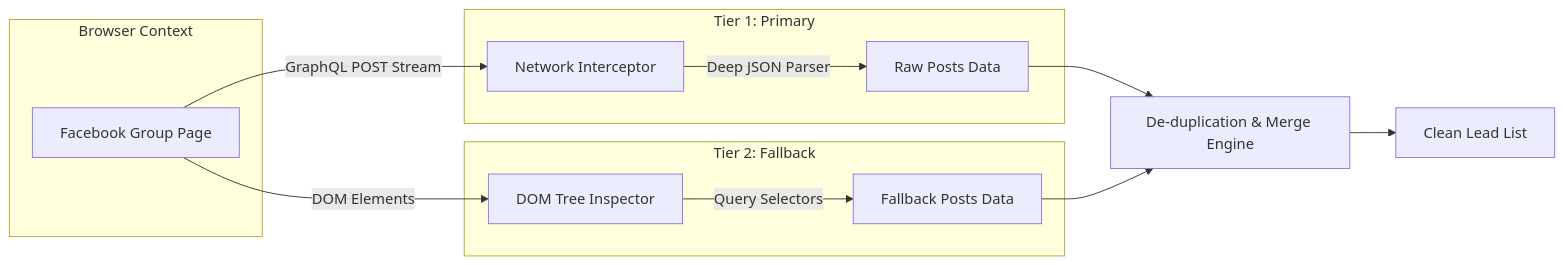
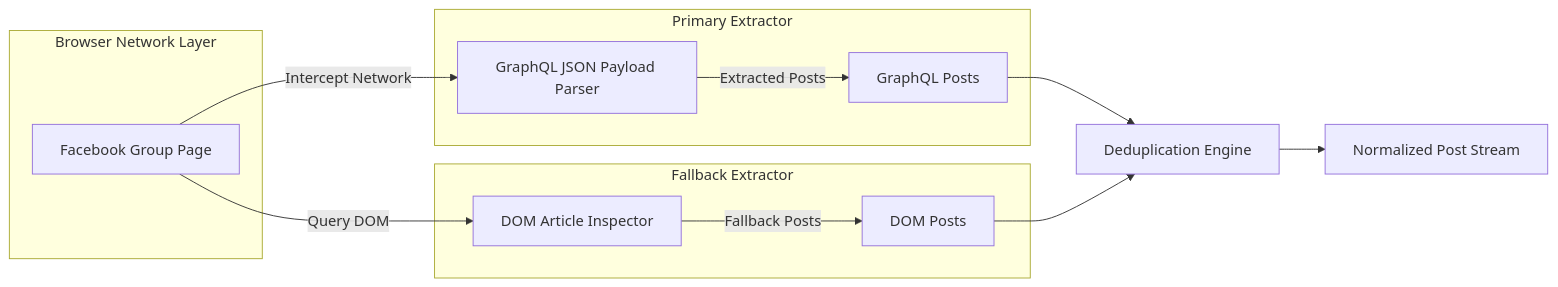
One commit to Abubakkar-Khan/Group_Scout_Electron changed the third of 6 diagrams in README.md. Above: the diagram before and after it, drawn with Mermaid. The commit also changed other lines of this file, not shown here.

Commit message:
docs: updated README.md with lengthy structure, system flowcharts, dual-database diagrams, ERD, and build guide

````diff
--- a/README.md
+++ b/README.md
@@ -64,20 +116,20 @@
 ```mermaid
 graph LR
-    subgraph Browser Context
+    subgraph Browser Network Layer
         FB[Facebook Group Page]
     end
 
-    subgraph Tier 1: Primary
-        FB -->|GraphQL POST Stream| Interceptor[Network Interceptor]
-        Interceptor -->|Deep JSON Parser| Posts1[Raw Posts Data]
+    subgraph Primary Extractor
+        FB -->|Intercept Network| NetParser[GraphQL JSON Payload Parser]
+        NetParser -->|Extracted Posts| List1[GraphQL Posts]
     end
 
-    subgraph Tier 2: Fallback
-        FB -->|DOM Elements| DOMParser[DOM Tree Inspector]
-        DOMParser -->|Query Selectors| Posts2[Fallback Posts Data]
+    subgraph Fallback Extractor
+        FB -->|Query DOM| DOMParser[DOM Article Inspector]
+        DOMParser -->|Fallback Posts| List2[DOM Posts]
     end
 
-    Posts1 --> Merger[De-duplication & Merge Engine]
-    Posts2 --> Merger
-    Merger --> Output[Clean Lead List]
+    List1 --> Merger[Deduplication Engine]
+    List2 --> Merger
+    Merger --> Output[Normalized Post Stream]
 ```
````
